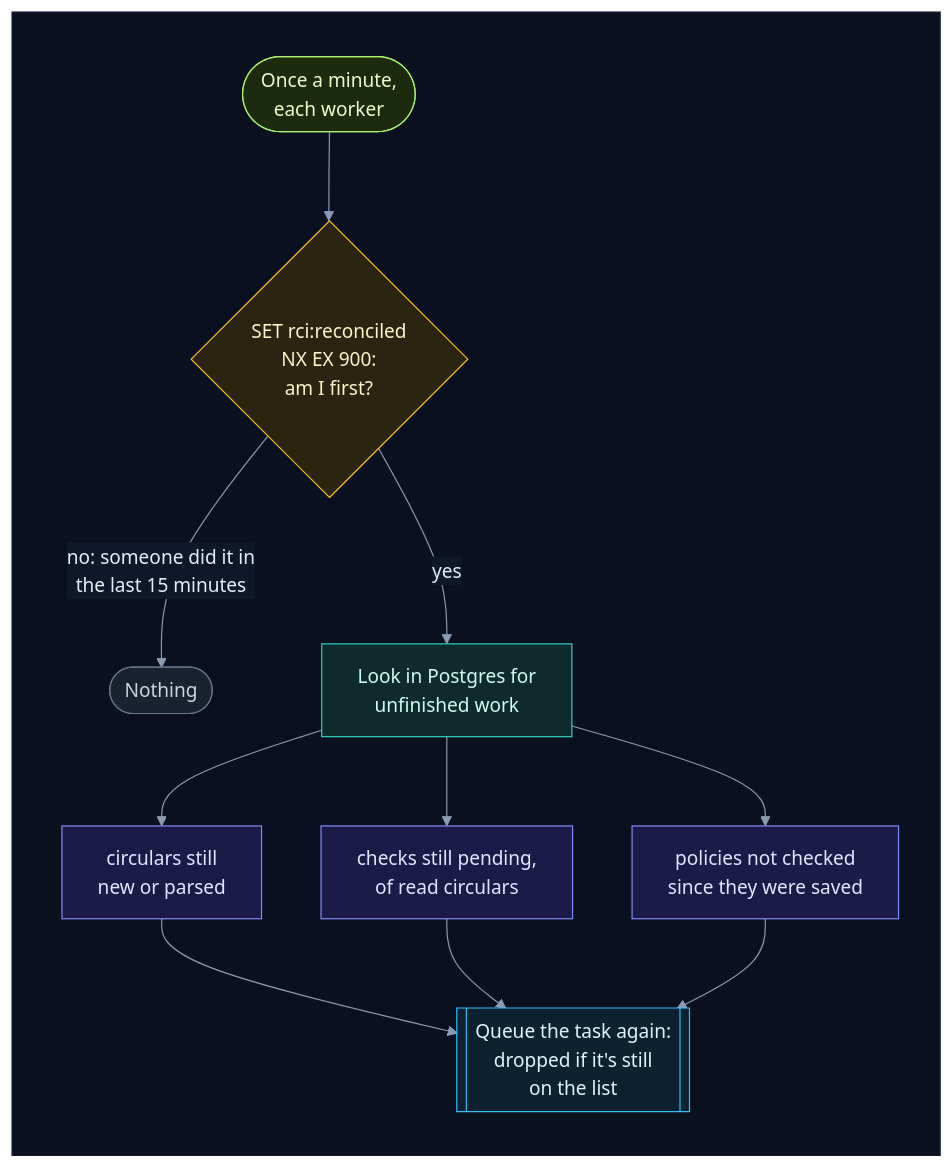
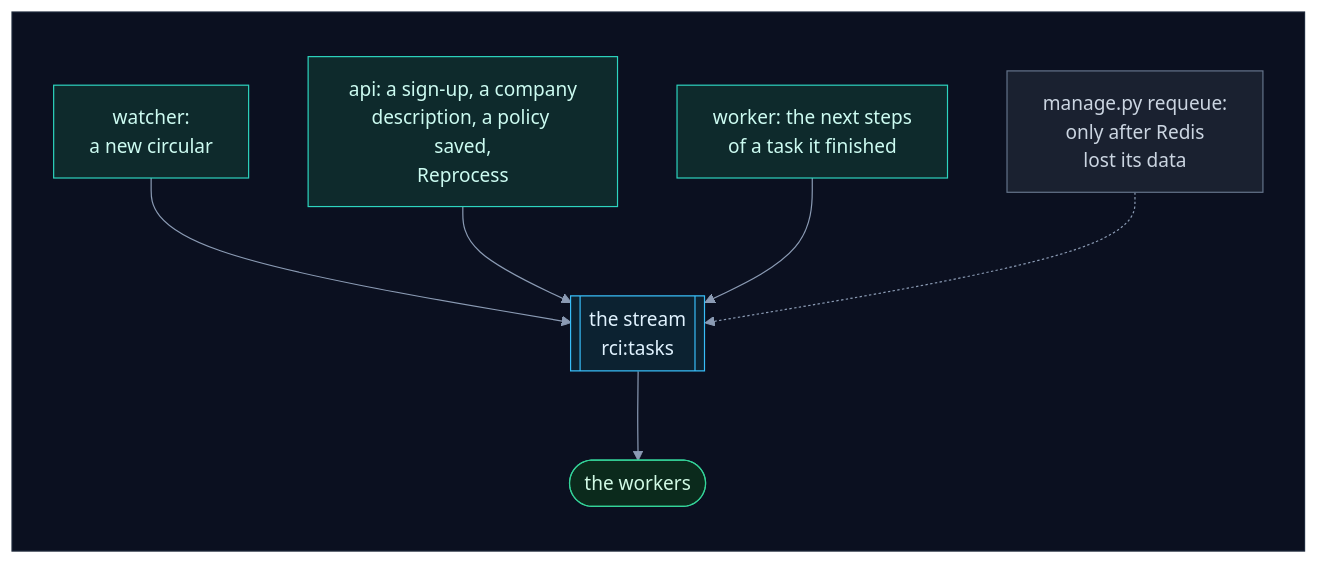
The ninth of 19 diagrams in how_the_worker_works.md (selvakumarperumal/Regulatory_Circular_Impact_Agent), drawn with Mermaid before and after one commit. The commit also changed other lines of this file and 7 other files, not shown here.

First line of the commit message:
Document the queue as the worker's only source of work

````diff
--- a/how_the_worker_works.md
+++ b/how_the_worker_works.md
@@ -627,33 +630,27 @@
 ```mermaid
 %%{init: {"theme": "base", "flowchart": {"diagramPadding": 0}, "themeVariables": {"darkMode": true, "primaryColor": "#16213a", "primaryTextColor": "#e6edf7", "primaryBorderColor": "#475a7a", "lineColor": "#8b9bb4", "secondaryColor": "#1b2436", "tertiaryColor": "#101a2e", "edgeLabelBackground": "#0f172a", "textColor": "#e2e8f0", "clusterBkg": "#0f1728", "clusterBorder": "#2b3a55", "titleColor": "#c4b5fd", "nodeTextColor": "#e6edf7"}}}%%
 flowchart TD
     subgraph canvas[" "]
         direction TB
-        tick(["Once a minute,<br/>each worker"]) --> m{"SET rci:reconciled<br/>NX EX 900:<br/>am I first?"}
-        m -->|"no: someone did it in<br/>the last 15 minutes"| skip(["Nothing"])
-        m -->|"yes"| look["Look in Postgres for<br/>unfinished work"]
-        look --> c1["circulars still<br/>new or parsed"]
-        look --> c2["checks still pending,<br/>of read circulars"]
-        look --> c3["policies not checked<br/>since they were saved"]
-        c1 --> q[["Queue the task again:<br/>dropped if it's still<br/>on the list"]]
-        c2 --> q
-        c3 --> q
+        w["watcher:<br/>a new circular"] --> q[["the stream<br/>rci:tasks"]]
+        a["api: a sign-up, a company<br/>description, a policy saved,<br/>Reprocess"] --> q
+        k["worker: the next steps<br/>of a task it finished"] --> q
+        m["manage.py requeue:<br/>only after Redis<br/>lost its data"] -.-> q
+        q --> x(["the workers"])
     end
     classDef svc fill:#0e2a2c,stroke:#2dd4bf,color:#ccfbf1
     classDef data fill:#1c1a47,stroke:#818cf8,color:#e0e7ff
     classDef ext fill:#2a1640,stroke:#c084fc,color:#f3e8ff
     classDef gpu fill:#2d1b0c,stroke:#fb923c,color:#ffedd5
     classDef ask fill:#2a2410,stroke:#fbbf24,color:#fef3c7
     classDef ok fill:#0b2a1c,stroke:#34d399,color:#d1fae5
     classDef bad fill:#2e0f17,stroke:#fb7185,color:#ffe4e6
     classDef start fill:#1c2a0e,stroke:#a7ef6f,color:#ecfccb
     classDef muted fill:#1a2130,stroke:#64748b,color:#cbd5e1
     classDef queue fill:#0c2231,stroke:#38bdf8,color:#e0f2fe
-    class tick start
-    class m ask
-    class skip muted
-    class look svc
-    class c1,c2,c3 data
+    class w,a,k svc
+    class m muted
     class q queue
+    class x ok
     style canvas fill:#0b1020,stroke:#1e293b,color:#0b1020
 ```
````
